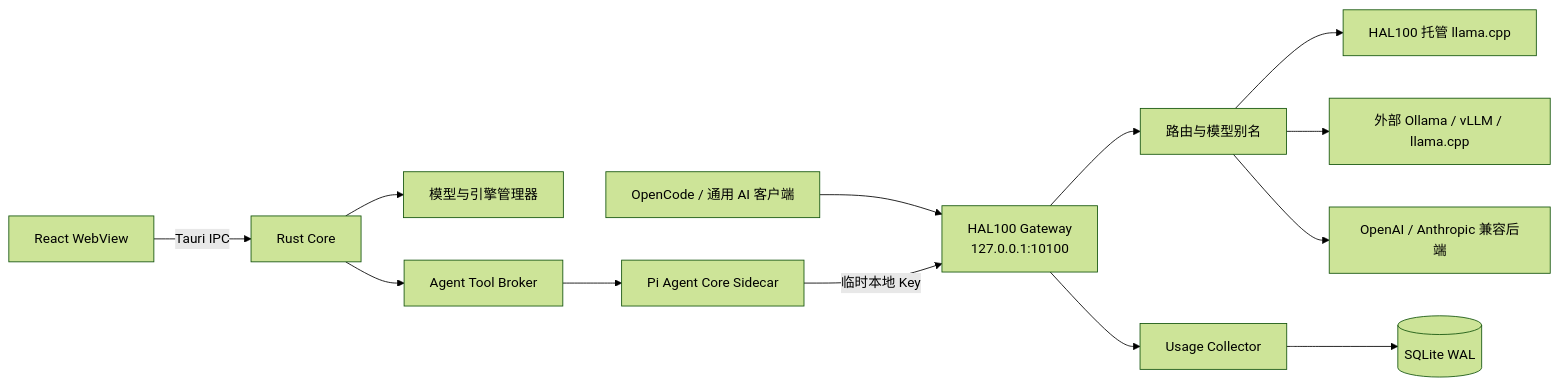
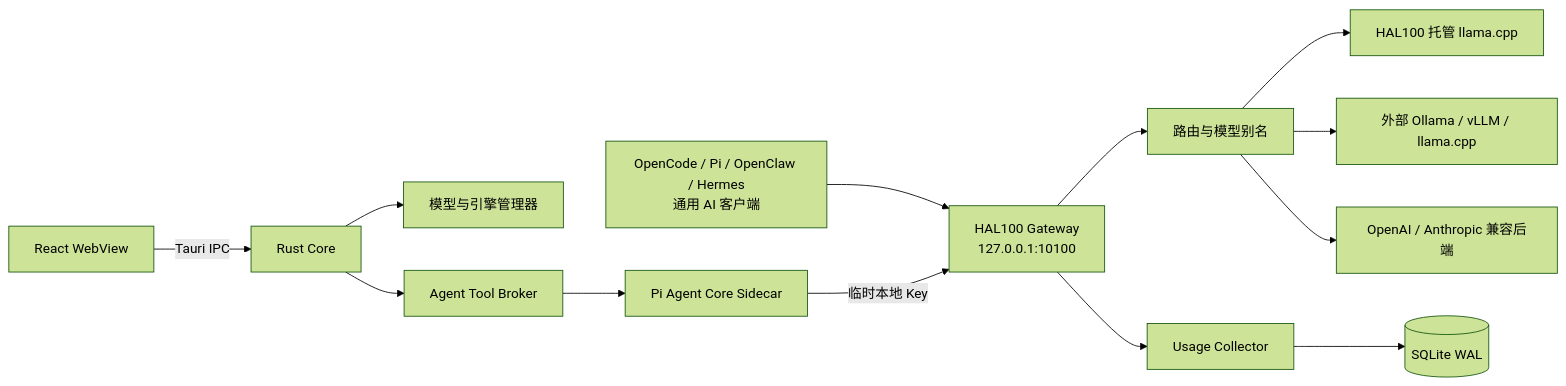
Before and after one commit to Drew1811266/HAL100: the diagram in README.md, drawn with Mermaid (forest theme). The commit also changed other lines of this file and 55 other files, not shown here.

````diff
--- a/README.md
+++ b/README.md
@@ -42,16 +42,16 @@
 ```mermaid
 flowchart LR
-    Clients["OpenCode / 通用 AI 客户端"] --> Gateway["HAL100 Gateway<br/>127.0.0.1:10100"]
+    Clients["OpenCode / Pi / OpenClaw / Hermes<br/>通用 AI 客户端"] --> Gateway["HAL100 Gateway<br/>127.0.0.1:10100"]
     Gateway --> Router["路由与模型别名"]
     Router --> Managed["HAL100 托管 llama.cpp"]
     Router --> Local["外部 Ollama / vLLM / llama.cpp"]
     Router --> Cloud["OpenAI / Anthropic 兼容后端"]
     Gateway --> Usage["Usage Collector"]
     Usage --> SQLite[("SQLite WAL")]
 
     UI["React WebView"] -->|Tauri IPC| Core["Rust Core"]
     Core --> Runtime["模型与引擎管理器"]
     Core --> Broker["Agent Tool Broker"]
     Broker --> Sidecar["Pi Agent Core Sidecar"]
     Sidecar -->|临时本地 Key| Gateway
 ```
````
